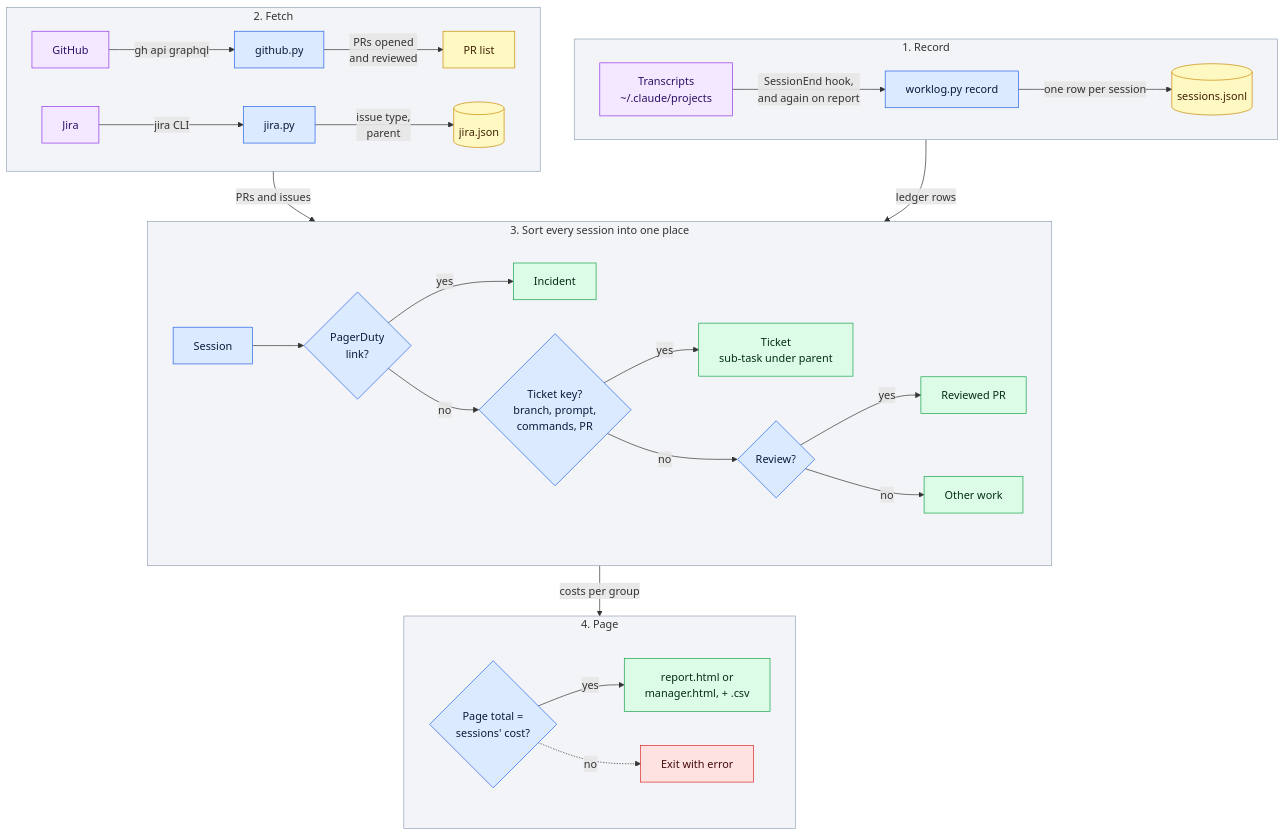
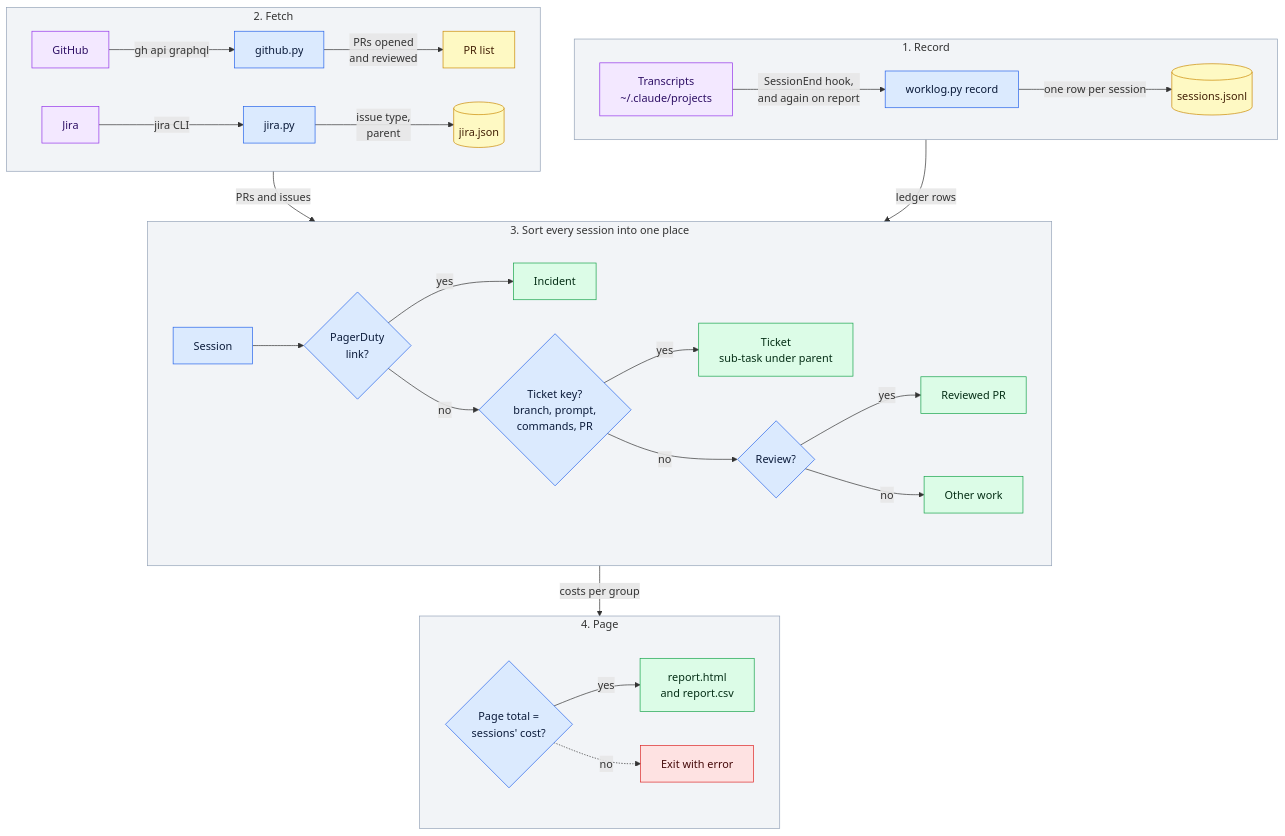
The diagram in skills/worklog/flow.mmd (araltiparmak/claude-harness), drawn with Mermaid before and after one commit. The commit also changed 3 other files, not shown here.

Commit message:
worklog: one page; drop the manager mode

```diff
--- a/skills/worklog/flow.mmd
+++ b/skills/worklog/flow.mmd
@@ -1,41 +1,41 @@
 %% How /worklog turns sessions, pull requests and Jira issues into one page. Render: diagrams/scripts/render.sh flow.mmd
 flowchart TB
   subgraph fetch [2. Fetch]
     direction LR
     gh[GitHub] -- gh api graphql --> ghp[github.py] -- PRs opened<br/>and reviewed --> prs[PR list]
     jc[Jira] -- jira CLI --> jp[jira.py] -- issue type,<br/>parent --> cache[(jira.json)]
   end
   subgraph rec [1. Record]
     direction LR
     tr[Transcripts<br/>~/.claude/projects] -- SessionEnd hook,<br/>and again on report --> rc[worklog.py record] -- one row per session --> led[(sessions.jsonl)]
   end
   subgraph sort [3. Sort every session into one place]
     direction LR
     s[Session] --> al{PagerDuty<br/>link?} -- yes --> inc[Incident]
     al -- no --> key{Ticket key?<br/>branch, prompt,<br/>commands, PR} -- yes --> tk[Ticket<br/>sub-task under parent]
     key -- no --> rv{Review?} -- yes --> rpr[Reviewed PR]
     rv -- no --> oth[Other work]
   end
   subgraph out [4. Page]
     direction LR
-    chk{Page total =<br/>sessions' cost?} -- yes --> page[report.html or<br/>manager.html, + .csv]
+    chk{Page total =<br/>sessions' cost?} -- yes --> page[report.html<br/>and report.csv]
     chk -. no .-> stop[Exit with error]
   end
   fetch -- PRs and issues --> sort
   rec -- ledger rows --> sort
   sort -- costs per group --> out
 
   classDef step fill:#dbeafe,stroke:#2563eb,color:#0b1b3a
   classDef ext fill:#f3e8ff,stroke:#9333ea,color:#2e1065
   classDef data fill:#fef9c3,stroke:#ca8a04,color:#422006
   classDef fail fill:#fee2e2,stroke:#dc2626,color:#450a0a
   classDef done fill:#dcfce7,stroke:#16a34a,color:#052e16
   class rc,ghp,jp,s,al,key,rv,chk step
   class tr,gh,jc ext
   class led,prs,cache data
   class stop fail
   class inc,tk,rpr,oth,page done
   style rec fill:#94a3b81f,stroke:#94a3b8
   style fetch fill:#94a3b81f,stroke:#94a3b8
   style sort fill:#94a3b81f,stroke:#94a3b8
   style out fill:#94a3b81f,stroke:#94a3b8
```
